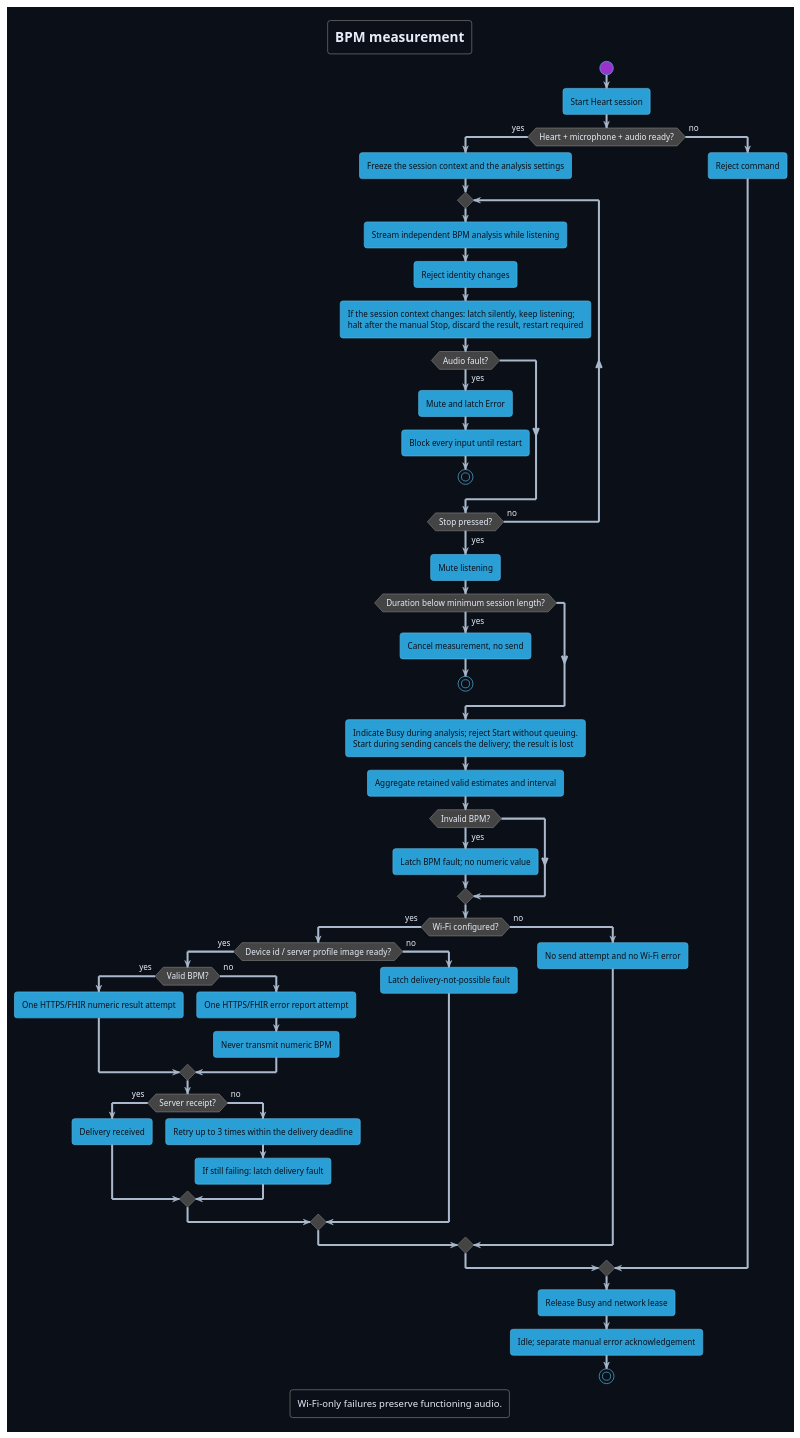
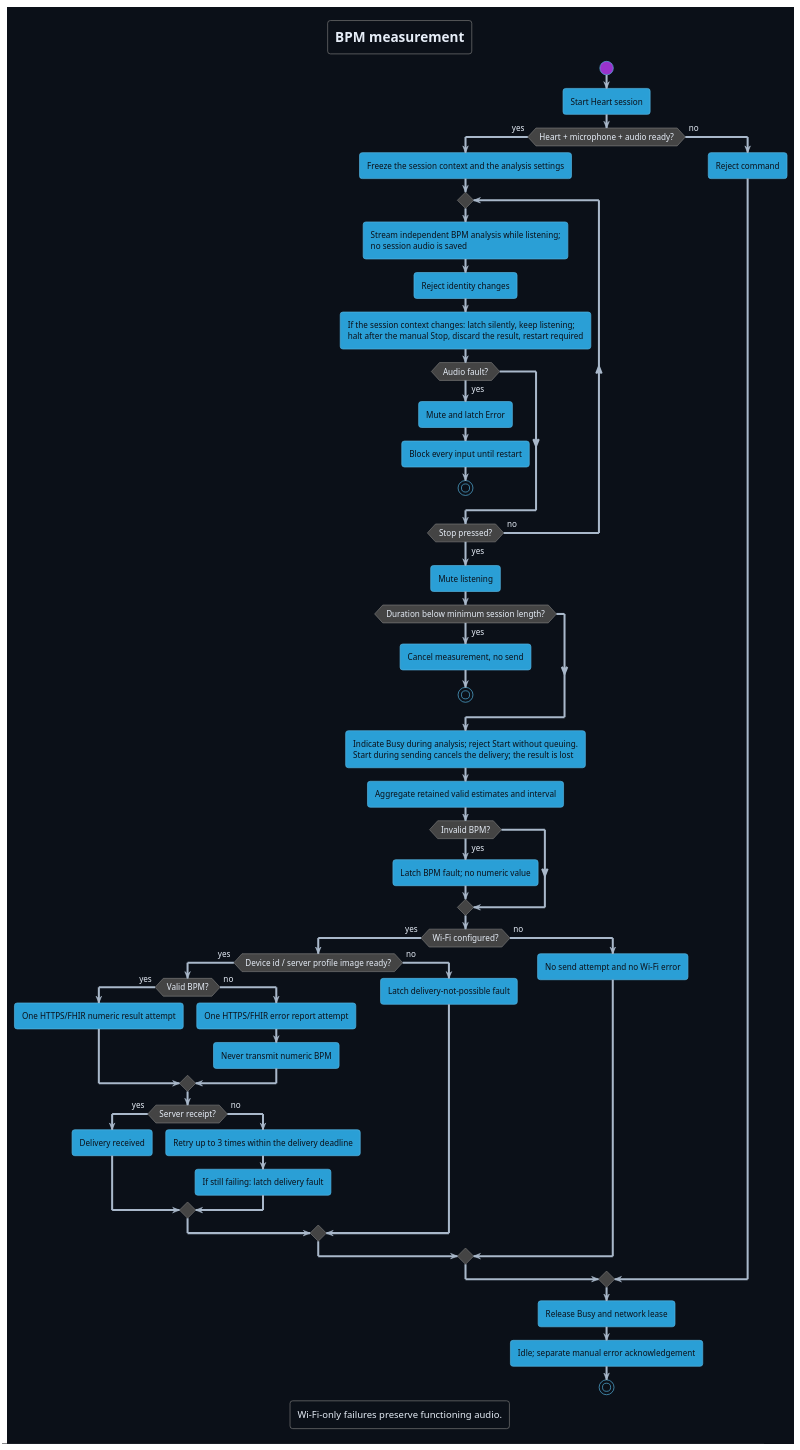
The diagram in Development/system/architecture/system/puml/measurement-workflow.puml (DemonicPsychoII/DigitalStethoscope), drawn with PlantUML before and after one commit. The commit also changed 9 other files, not shown here.

```diff
--- a/Development/system/architecture/system/puml/measurement-workflow.puml
+++ b/Development/system/architecture/system/puml/measurement-workflow.puml
@@ -1,66 +1,66 @@
 @startuml measurement_workflow
 !theme cyborg
 skinparam shadowing false
 skinparam defaultFontName SansSerif
 skinparam backgroundColor #0b1018
 skinparam defaultFontColor #e6edf7
 skinparam ArrowColor #a9b8ca
 skinparam activity {
  FontColor #0b1018
  DiamondFontColor #e6edf7
 }
 title BPM measurement
 start
 :Start Heart session;
 if (Heart + microphone + audio ready?) then (yes)
  :Freeze the session context and the analysis settings;
  repeat
-  :Stream independent BPM analysis while listening;
+  :Stream independent BPM analysis while listening;\nno session audio is saved;
   :Reject identity changes;
   :If the session context changes: latch silently, keep listening;\nhalt after the manual Stop, discard the result, restart required;
   if (Audio fault?) then (yes)
    :Mute and latch Error;
    :Block every input until restart;
    stop
   endif
  repeat while (Stop pressed?) is (no) not (yes)
  :Mute listening;
  if (Duration below minimum session length?) then (yes)
   :Cancel measurement, no send;
   stop
  endif
  :Indicate Busy during analysis; reject Start without queuing.\nStart during sending cancels the delivery; the result is lost;
  :Aggregate retained valid estimates and interval;
  if (Invalid BPM?) then (yes)
   :Latch BPM fault; no numeric value;
  endif
  if (Wi-Fi configured?) then (yes)
   if (Device id / server profile image ready?) then (yes)
    if (Valid BPM?) then (yes)
     :One HTTPS/FHIR numeric result attempt;
    else (no)
     :One HTTPS/FHIR error report attempt;
     :Never transmit numeric BPM;
    endif
    if (Server receipt?) then (yes)
     :Delivery received;
    else (no)
     :Retry up to 3 times within the delivery deadline;
     :If still failing: latch delivery fault;
    endif
   else (no)
    :Latch delivery-not-possible fault;
   endif
  else (no)
   :No send attempt and no Wi-Fi error;
  endif
 else (no)
  :Reject command;
 endif
 :Release Busy and network lease;
 :Idle; separate manual error acknowledgement;
 stop
 legend bottom
   Wi-Fi-only failures preserve functioning audio.
 endlegend
 @enduml
```
